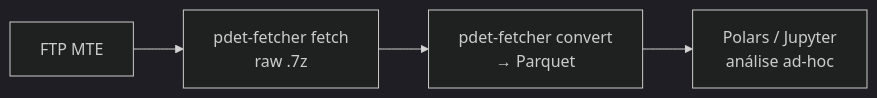
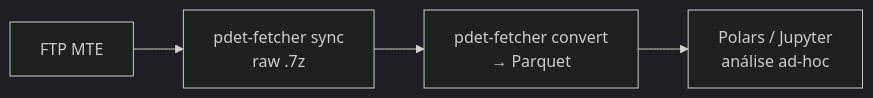
One commit to Quantilica/docs changed the first of 2 diagrams in docs/trabalho/index.md. Above: the diagram before and after it, drawn with Mermaid (dark theme). The commit also changed other lines of this file and 20 other files, not shown here.

````diff
--- a/docs/trabalho/index.md
+++ b/docs/trabalho/index.md
@@ -21,6 +21,6 @@
 ```mermaid
 graph LR
-    A[FTP MTE] --> B[pdet-fetcher fetch<br/>raw .7z]
+    A[FTP MTE] --> B[pdet-fetcher sync<br/>raw .7z]
     B --> C[pdet-fetcher convert<br/>→ Parquet]
     C --> D[Polars / Jupyter<br/>análise ad-hoc]
 ```
````
